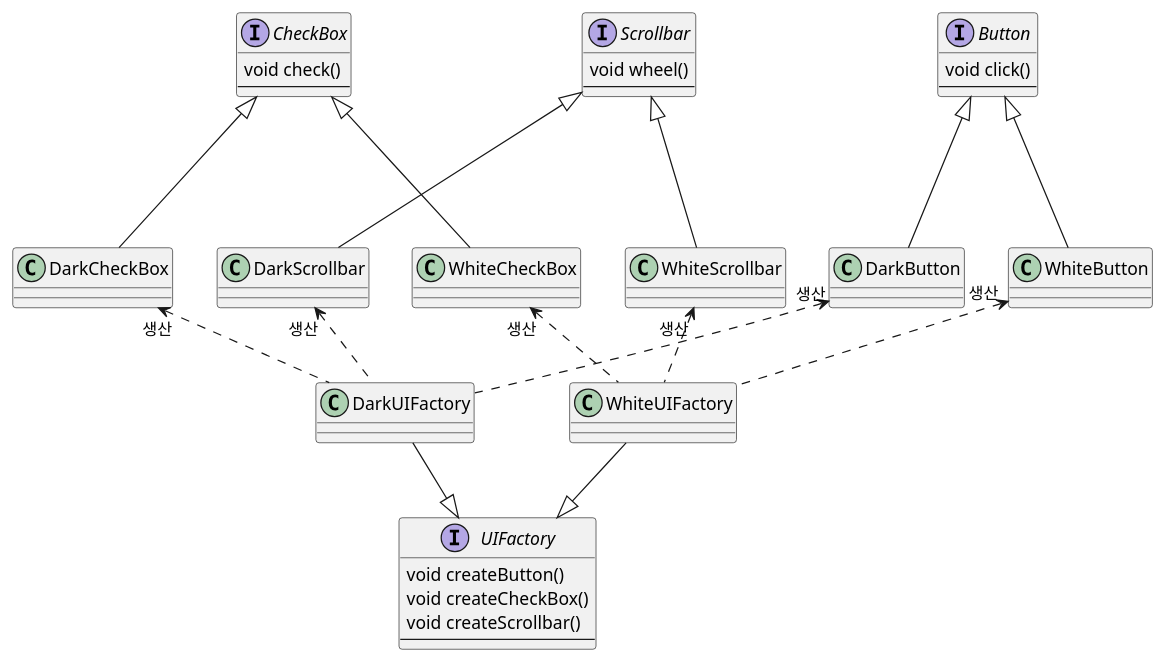
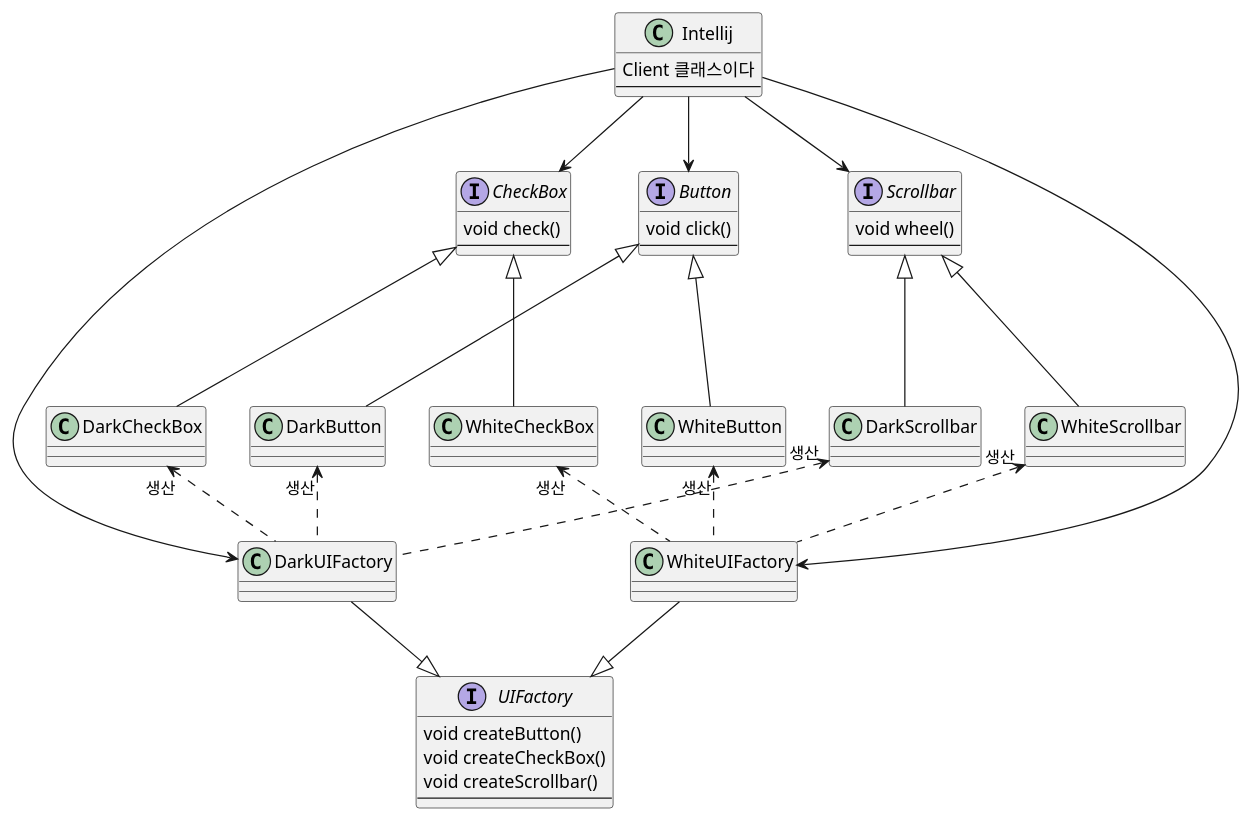
Before and after one commit to yjd6808/_YJD_Design-Pattern-Study: the diagram in src/main/java/creational/_3_abstract_factory/design/structure.puml, drawn with PlantUML. The commit also changed 38 other files, not shown here.

```diff
--- a/src/main/java/creational/_3_abstract_factory/design/structure.puml
+++ b/src/main/java/creational/_3_abstract_factory/design/structure.puml
@@ -1,51 +1,63 @@
 @startuml
 'https://plantuml.com/class-diagram
 
 interface Button {
     void click()
     ---
 }
 
 interface CheckBox {
     void check()
     ---
 }
 
 interface Scrollbar {
     void wheel()
     ---
 }
 
 interface UIFactory {
     void createButton()
     void createCheckBox()
     void createScrollbar()
     ---
 }
 
 
+class Intellij {
+    Client 클래스이다
+    ---
+}
+
 
 
 DarkUIFactory -down-|> UIFactory
 WhiteUIFactory -down-|> UIFactory
 
 DarkUIFactory .up.>"생산" DarkButton
 WhiteUIFactory .up.>"생산" WhiteButton
 
 DarkUIFactory .up.>"생산" DarkCheckBox
 WhiteUIFactory .up.>"생산" WhiteCheckBox
 
 DarkUIFactory .up.>"생산" DarkScrollbar
 WhiteUIFactory .up.>"생산" WhiteScrollbar
 
 DarkButton -up--|> Button
 WhiteButton -up--|> Button
 
 DarkCheckBox -up--|> CheckBox
 WhiteCheckBox -up--|> CheckBox
 
 DarkScrollbar -up--|> Scrollbar
 WhiteScrollbar -up--|> Scrollbar
 
 
+Intellij -down-> Button
+Intellij -down-> Scrollbar
+Intellij -down-> CheckBox
+Intellij -down->  DarkUIFactory
+Intellij -down->  WhiteUIFactory
+
+
 @enduml
```
